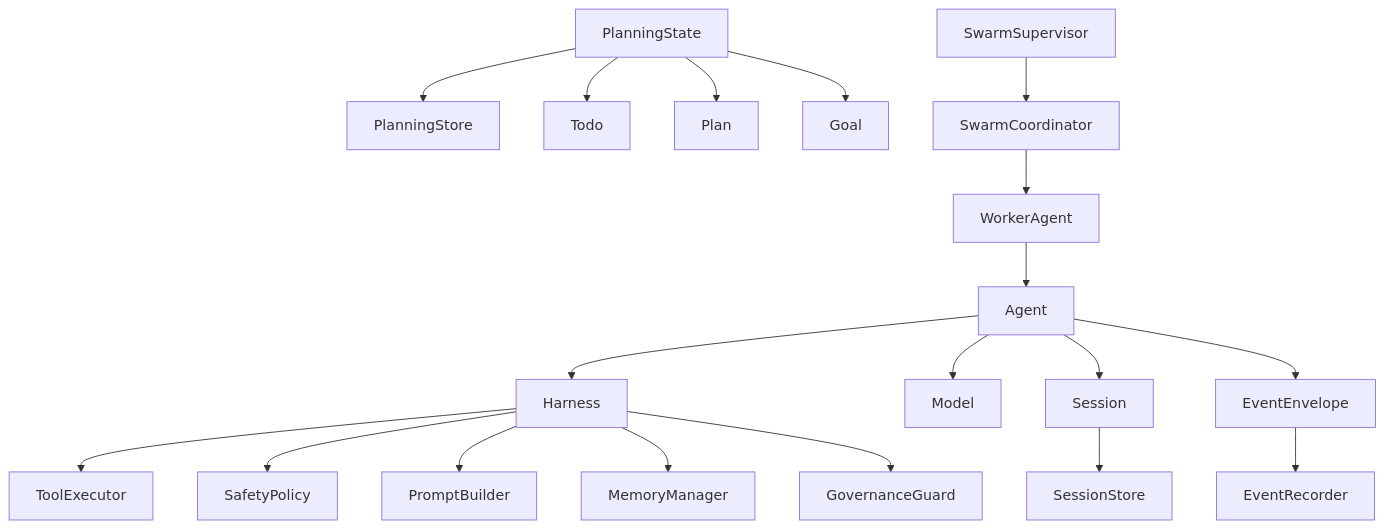
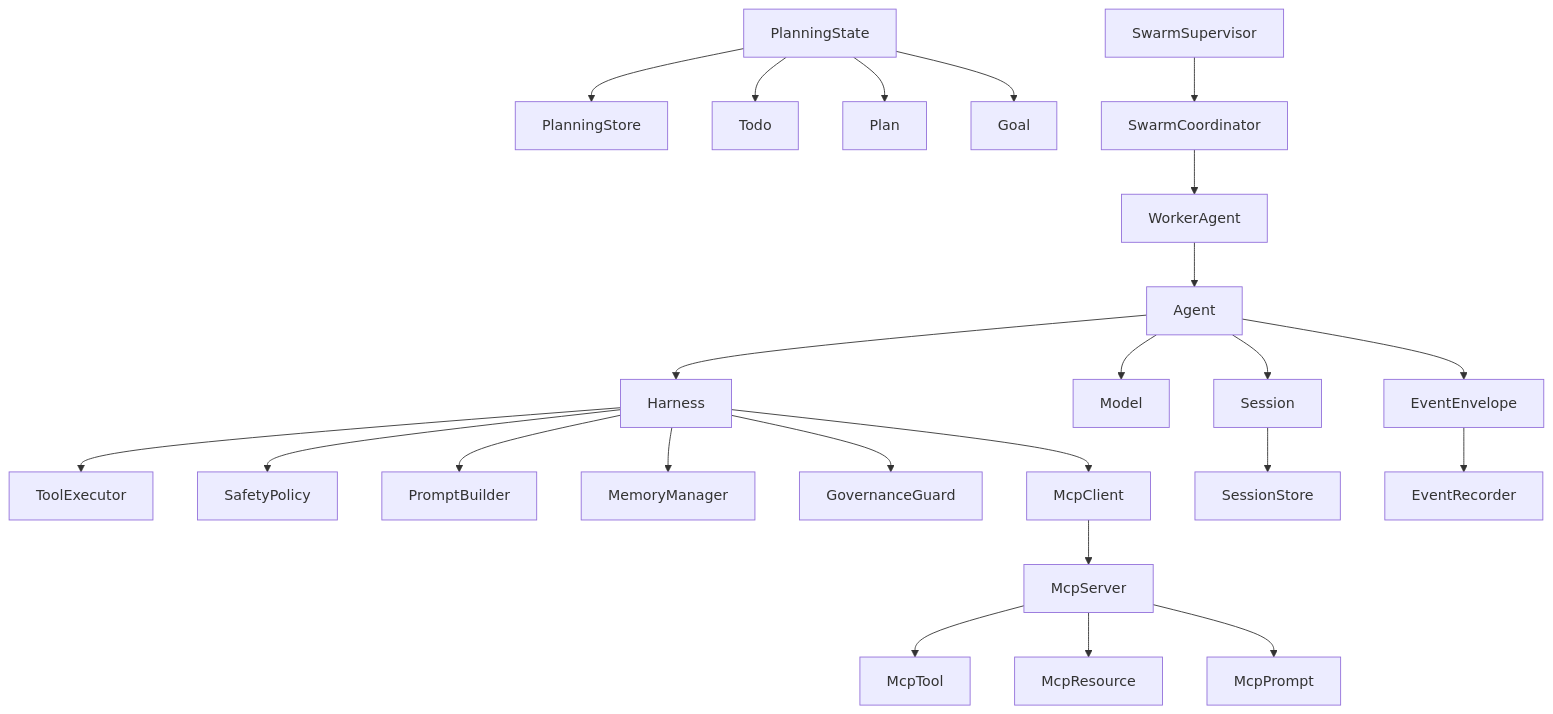
One commit to nickma80/fox-agent-sdk changed the second of 4 diagrams in docs/fox_agent_sdk_prd.md. Above: the diagram before and after it, drawn with Mermaid. The commit also changed other lines of this file and 17 other files, not shown here.

````diff
--- a/docs/fox_agent_sdk_prd.md
+++ b/docs/fox_agent_sdk_prd.md
@@ -80,21 +88,26 @@
 ```mermaid
 graph TD
     Agent --> Harness
     Agent --> Model
     Agent --> Session
     Harness --> ToolExecutor
     Harness --> SafetyPolicy
     Harness --> PromptBuilder
     Harness --> MemoryManager
     Harness --> GovernanceGuard
+    Harness --> McpClient
+    McpClient --> McpServer
+    McpServer --> McpTool
+    McpServer --> McpResource
+    McpServer --> McpPrompt
     Session --> SessionStore
     Agent --> EventEnvelope
     EventEnvelope --> EventRecorder
     PlanningState --> PlanningStore
     PlanningState --> Todo
     PlanningState --> Plan
     PlanningState --> Goal
     SwarmSupervisor --> SwarmCoordinator
     SwarmCoordinator --> WorkerAgent
     WorkerAgent --> Agent
 ```
````
